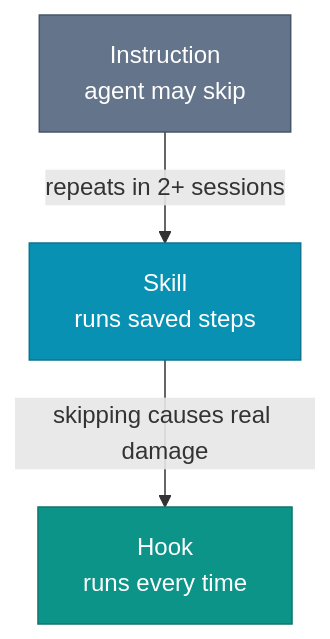
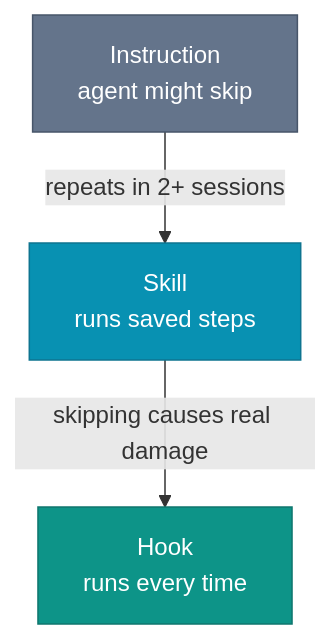
One commit to intent-engineering-for-coding-agents/book changed the diagram in content/agent-instructions/skills-commands-hooks.md. Above: the diagram before and after it, drawn with Mermaid.

Commit message:
Tighten skills/commands/hooks terminology

````diff
--- a/content/agent-instructions/skills-commands-hooks.md
+++ b/content/agent-instructions/skills-commands-hooks.md
@@ -61,13 +61,13 @@
 ```mermaid
 graph TD
     classDef advisory fill:#64748b,stroke:#475569,color:#fff
     classDef auto fill:#0891b2,stroke:#0e7490,color:#fff
     classDef forced fill:#0d9488,stroke:#0f766e,color:#fff
 
-    I["Instruction<br/>agent may skip"]:::advisory
+    I["Instruction<br/>agent might skip"]:::advisory
     S["Skill<br/>runs saved steps"]:::auto
     H["Hook<br/>runs every time"]:::forced
 
     I -->|repeats in 2+ sessions| S
     S -->|skipping causes real damage| H
 ```
````
